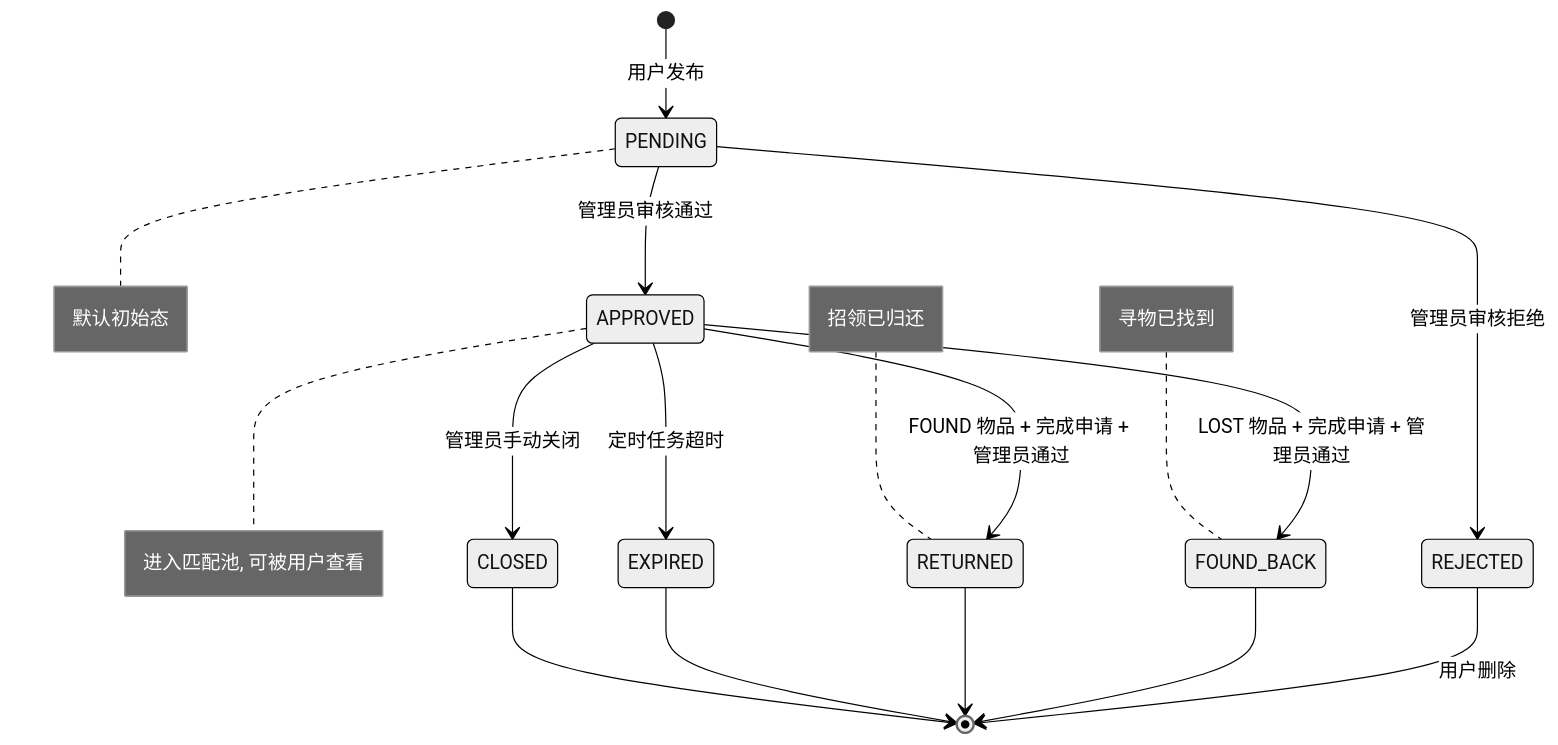
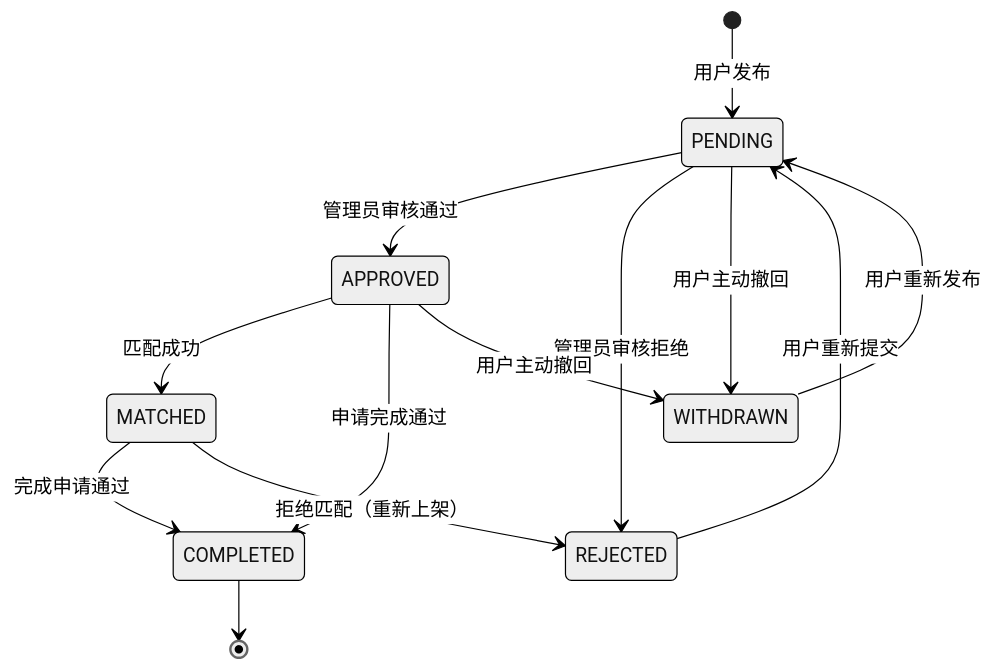
The tenth of 29 diagrams in docs/项目图表.md (zwj-3193655211/campus-LostandFound), drawn with Mermaid (neutral theme) before and after one commit. The commit also changed other lines of this file and 51 other files, not shown here.

````diff
--- a/docs/项目图表.md
+++ b/docs/项目图表.md
@@ -431,20 +601,15 @@
 ```mermaid
 stateDiagram-v2
-    [*] --> PENDING : 用户发布
-    PENDING --> APPROVED : 管理员审核通过
-    PENDING --> REJECTED : 管理员审核拒绝
-    APPROVED --> FOUND_BACK : LOST 物品 + 完成申请 + 管理员通过
-    APPROVED --> RETURNED : FOUND 物品 + 完成申请 + 管理员通过
-    APPROVED --> EXPIRED : 定时任务超时
-    APPROVED --> CLOSED : 管理员手动关闭
-    REJECTED --> [*] : 用户删除
-    FOUND_BACK --> [*]
-    RETURNED --> [*]
-    EXPIRED --> [*]
-    CLOSED --> [*]
-
-    note right of PENDING : 默认初始态
-    note right of APPROVED : 进入匹配池, 可被用户查看
-    note left of FOUND_BACK : 寻物已找到
-    note left of RETURNED : 招领已归还
+    [*] --> PENDING: 用户发布
+    PENDING --> APPROVED: 管理员审核通过
+    PENDING --> REJECTED: 管理员审核拒绝
+    PENDING --> WITHDRAWN: 用户主动撤回
+    APPROVED --> MATCHED: 匹配成功
+    APPROVED --> COMPLETED: 申请完成通过
+    APPROVED --> WITHDRAWN: 用户主动撤回
+    MATCHED --> COMPLETED: 完成申请通过
+    MATCHED --> REJECTED: 拒绝匹配（重新上架）
+    REJECTED --> PENDING: 用户重新提交
+    WITHDRAWN --> PENDING: 用户重新发布
+    COMPLETED --> [*]
 ```
````
